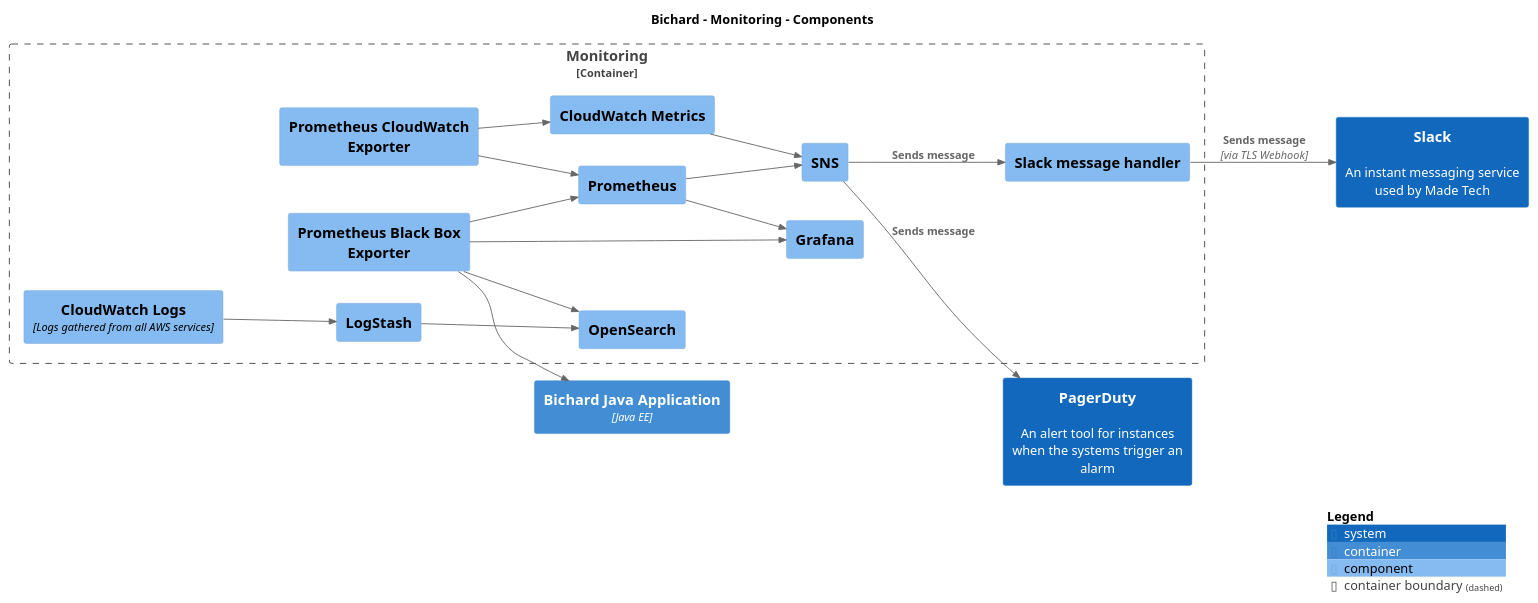
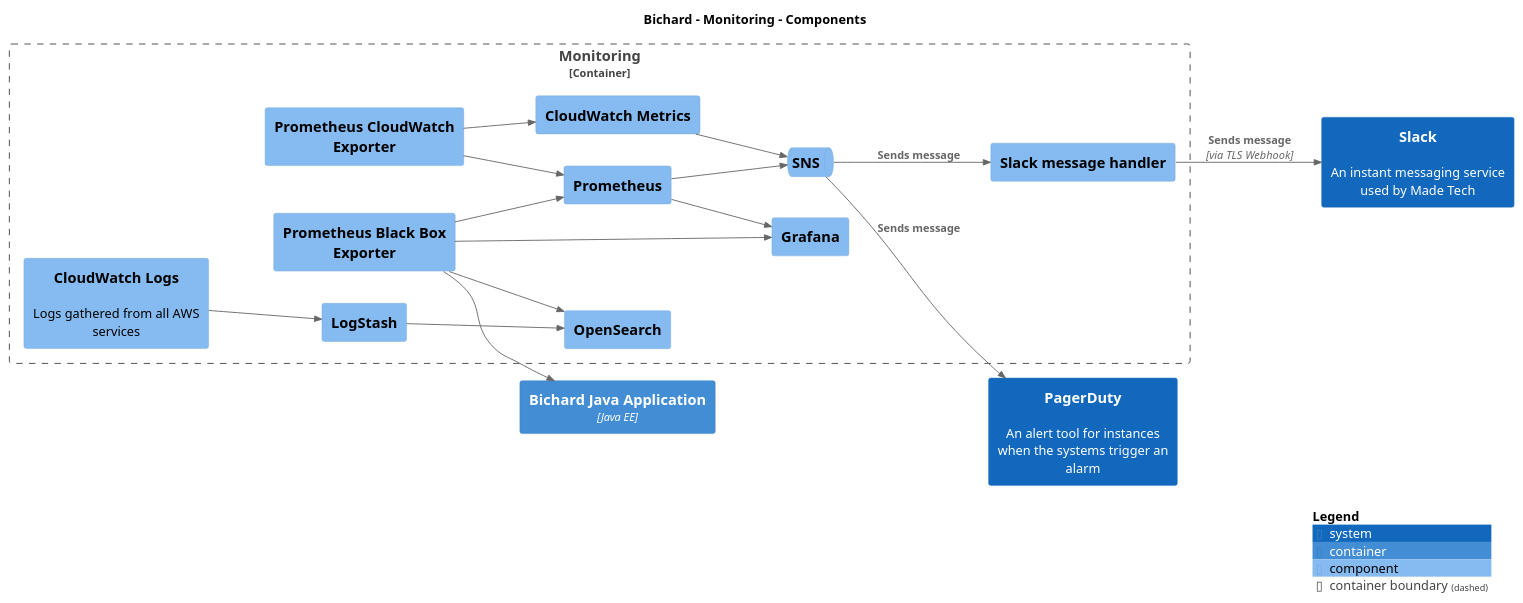
One commit to ministryofjustice/bichard7-next-core changed the diagram in main/puml/Component-007.puml. Above: the diagram before and after it, drawn with PlantUML. The commit also changed 97 other files, not shown here.

```diff
--- a/main/puml/Component-007.puml
+++ b/main/puml/Component-007.puml
@@ -1,45 +1,45 @@
 @startuml
 set separator none
 title Bichard - Monitoring - Components
 
 left to right direction
 
 !include <C4/C4>
 !include <C4/C4_Context>
 !include <C4/C4_Container>
 !include <C4/C4_Component>
 
-Container(Bichard.BichardJavaApplication, "Bichard Java Application", "Java EE", "", $tags="")
-System(Slack, "Slack", "An instant messaging service used by Made Tech", $tags="")
-System(PagerDuty, "PagerDuty", "An alert tool for instances when the systems trigger an alarm", $tags="")
+Container(Bichard.BichardJavaApplication, "Bichard Java Application", $techn="Java EE", $descr="", $tags="", $link="")
+System(Slack, "Slack", $descr="An instant messaging service used by Made Tech", $tags="", $link="")
+System(PagerDuty, "PagerDuty", $descr="An alert tool for instances when the systems trigger an alarm", $tags="", $link="")
 
 Container_Boundary("Bichard.Monitoring_boundary", "Monitoring", $tags="") {
-  Component(Bichard.Monitoring.OpenSearch, "OpenSearch", "", $tags="")
-  Component(Bichard.Monitoring.Prometheus, "Prometheus", "", $tags="")
-  Component(Bichard.Monitoring.PrometheusCloudWatchExporter, "Prometheus CloudWatch Exporter", "", $tags="")
-  Component(Bichard.Monitoring.PrometheusBlackBoxExporter, "Prometheus Black Box Exporter", "", $tags="")
-  Component(Bichard.Monitoring.Grafana, "Grafana", "", $tags="")
-  Component(Bichard.Monitoring.LogStash, "LogStash", "", $tags="")
-  Component(Bichard.Monitoring.CloudWatchLogs, "CloudWatch Logs", "Logs gathered from all AWS services", $tags="")
-  Component(Bichard.Monitoring.CloudWatchMetrics, "CloudWatch Metrics", "", $tags="")
-  Component(Bichard.Monitoring.Slackmessagehandler, "Slack message handler", "", $tags="")
-  Component(Bichard.Monitoring.SNS, "SNS", "", $tags="")
+  Component(Bichard.Monitoring.OpenSearch, "OpenSearch", $techn="", $descr="", $tags="", $link="")
+  Component(Bichard.Monitoring.Prometheus, "Prometheus", $techn="", $descr="", $tags="", $link="")
+  Component(Bichard.Monitoring.PrometheusCloudWatchExporter, "Prometheus CloudWatch Exporter", $techn="", $descr="", $tags="", $link="")
+  Component(Bichard.Monitoring.PrometheusBlackBoxExporter, "Prometheus Black Box Exporter", $techn="", $descr="", $tags="", $link="")
+  Component(Bichard.Monitoring.Grafana, "Grafana", $techn="", $descr="", $tags="", $link="")
+  Component(Bichard.Monitoring.LogStash, "LogStash", $techn="", $descr="", $tags="", $link="")
+  Component(Bichard.Monitoring.CloudWatchLogs, "CloudWatch Logs", $techn="", $descr="Logs gathered from all AWS services", $tags="", $link="")
+  Component(Bichard.Monitoring.CloudWatchMetrics, "CloudWatch Metrics", $techn="", $descr="", $tags="", $link="")
+  Component(Bichard.Monitoring.Slackmessagehandler, "Slack message handler", $techn="", $descr="", $tags="", $link="")
+  ComponentQueue(Bichard.Monitoring.SNS, "SNS", $techn="", $descr="", $tags="", $link="")
 }
 
-Rel_D(Bichard.Monitoring.PrometheusBlackBoxExporter, Bichard.Monitoring.Prometheus, "", $tags="")
-Rel_D(Bichard.Monitoring.PrometheusBlackBoxExporter, Bichard.BichardJavaApplication, "", $tags="")
-Rel_D(Bichard.Monitoring.PrometheusBlackBoxExporter, Bichard.Monitoring.Grafana, "", $tags="")
-Rel_D(Bichard.Monitoring.PrometheusBlackBoxExporter, Bichard.Monitoring.OpenSearch, "", $tags="")
-Rel_D(Bichard.Monitoring.PrometheusCloudWatchExporter, Bichard.Monitoring.Prometheus, "", $tags="")
-Rel_D(Bichard.Monitoring.PrometheusCloudWatchExporter, Bichard.Monitoring.CloudWatchMetrics, "", $tags="")
-Rel_D(Bichard.Monitoring.Prometheus, Bichard.Monitoring.SNS, "", $tags="")
-Rel_D(Bichard.Monitoring.CloudWatchMetrics, Bichard.Monitoring.SNS, "", $tags="")
-Rel_D(Bichard.Monitoring.Prometheus, Bichard.Monitoring.Grafana, "", $tags="")
-Rel_D(Bichard.Monitoring.LogStash, Bichard.Monitoring.OpenSearch, "", $tags="")
-Rel_D(Bichard.Monitoring.CloudWatchLogs, Bichard.Monitoring.LogStash, "", $tags="")
-Rel_D(Bichard.Monitoring.SNS, PagerDuty, "Sends message", $tags="")
-Rel_D(Bichard.Monitoring.SNS, Bichard.Monitoring.Slackmessagehandler, "Sends message", $tags="")
-Rel_D(Bichard.Monitoring.Slackmessagehandler, Slack, "Sends message", "via TLS Webhook", $tags="")
+Rel_D(Bichard.Monitoring.PrometheusBlackBoxExporter, Bichard.Monitoring.Prometheus, "", $techn="", $tags="", $link="")
+Rel_D(Bichard.Monitoring.PrometheusBlackBoxExporter, Bichard.BichardJavaApplication, "", $techn="", $tags="", $link="")
+Rel_D(Bichard.Monitoring.PrometheusBlackBoxExporter, Bichard.Monitoring.Grafana, "", $techn="", $tags="", $link="")
+Rel_D(Bichard.Monitoring.PrometheusBlackBoxExporter, Bichard.Monitoring.OpenSearch, "", $techn="", $tags="", $link="")
+Rel_D(Bichard.Monitoring.PrometheusCloudWatchExporter, Bichard.Monitoring.Prometheus, "", $techn="", $tags="", $link="")
+Rel_D(Bichard.Monitoring.PrometheusCloudWatchExporter, Bichard.Monitoring.CloudWatchMetrics, "", $techn="", $tags="", $link="")
+Rel_D(Bichard.Monitoring.Prometheus, Bichard.Monitoring.SNS, "", $techn="", $tags="", $link="")
+Rel_D(Bichard.Monitoring.CloudWatchMetrics, Bichard.Monitoring.SNS, "", $techn="", $tags="", $link="")
+Rel_D(Bichard.Monitoring.Prometheus, Bichard.Monitoring.Grafana, "", $techn="", $tags="", $link="")
+Rel_D(Bichard.Monitoring.LogStash, Bichard.Monitoring.OpenSearch, "", $techn="", $tags="", $link="")
+Rel_D(Bichard.Monitoring.CloudWatchLogs, Bichard.Monitoring.LogStash, "", $techn="", $tags="", $link="")
+Rel_D(Bichard.Monitoring.SNS, PagerDuty, "Sends message", $techn="", $tags="", $link="")
+Rel_D(Bichard.Monitoring.SNS, Bichard.Monitoring.Slackmessagehandler, "Sends message", $techn="", $tags="", $link="")
+Rel_D(Bichard.Monitoring.Slackmessagehandler, Slack, "Sends message", $techn="via TLS Webhook", $tags="", $link="")
 
 SHOW_LEGEND(true)
 @enduml
```
